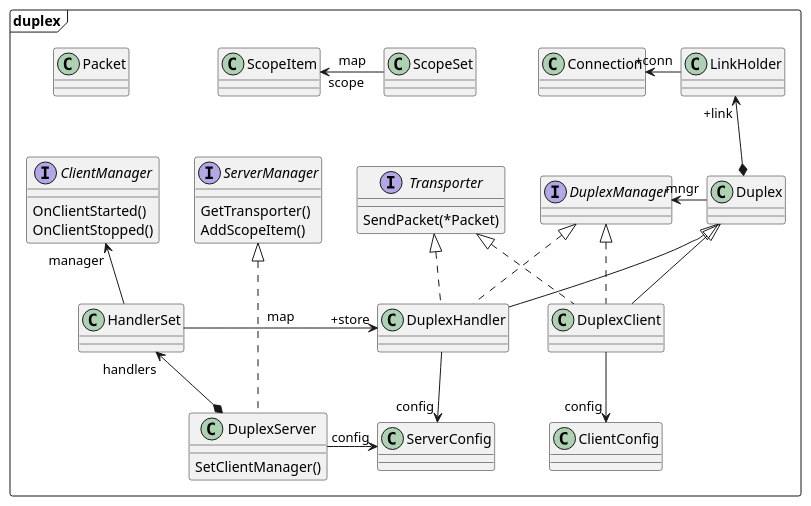
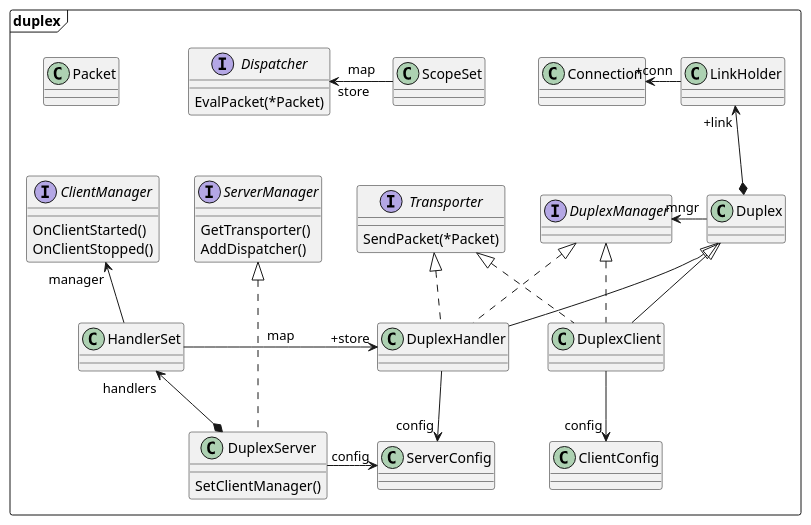
One commit to iftsoft/device changed the diagram in uml_model/duplex_classes.puml. Above: the diagram before and after it, drawn with PlantUML. The commit also changed 19 other files, not shown here.

```diff
--- a/uml_model/duplex_classes.puml
+++ b/uml_model/duplex_classes.puml
@@ -1,53 +1,55 @@
 @startuml
 
 package duplex <<Frame>> {
 
     interface ServerManager {
       GetTransporter()
-      AddScopeItem()
+      AddDispatcher()
     }
     interface ClientManager {
       OnClientStarted()
       OnClientStopped()
     }
     interface DuplexManager
     interface Transporter {
       SendPacket(*Packet)
     }
+    interface Dispatcher {
+      EvalPacket(*Packet)
+    }
 
     class Packet
-    class ScopeItem
     class ScopeSet
     class Connection
     class LinkHolder
     class Duplex
     class DuplexClient
     class DuplexHandler
     class HandlerSet
     class DuplexServer {
       SetClientManager()
     }
     class ClientConfig
     class ServerConfig
 
 }
 
 Connection "+conn" <- LinkHolder
-ScopeItem "scope" <- ScopeSet : map
+Dispatcher "store" <- ScopeSet : map
 LinkHolder "+link" <--* Duplex
 Duplex <|-- DuplexClient
 Duplex <|-- DuplexHandler
 DuplexManager "mngr" <- Duplex
 DuplexManager <|.. DuplexClient
 DuplexManager <|.. DuplexHandler
 Transporter <|.. DuplexClient
 Transporter <|.. DuplexHandler
 DuplexHandler "+store" <- HandlerSet : map
 HandlerSet "handlers" <-* DuplexServer
 DuplexHandler --> "config" ServerConfig
 ServerConfig "config" <- DuplexServer
 DuplexClient --> "config" ClientConfig
 ServerManager <|... DuplexServer
 ClientManager "manager" <-- HandlerSet
 
 @enduml
```
